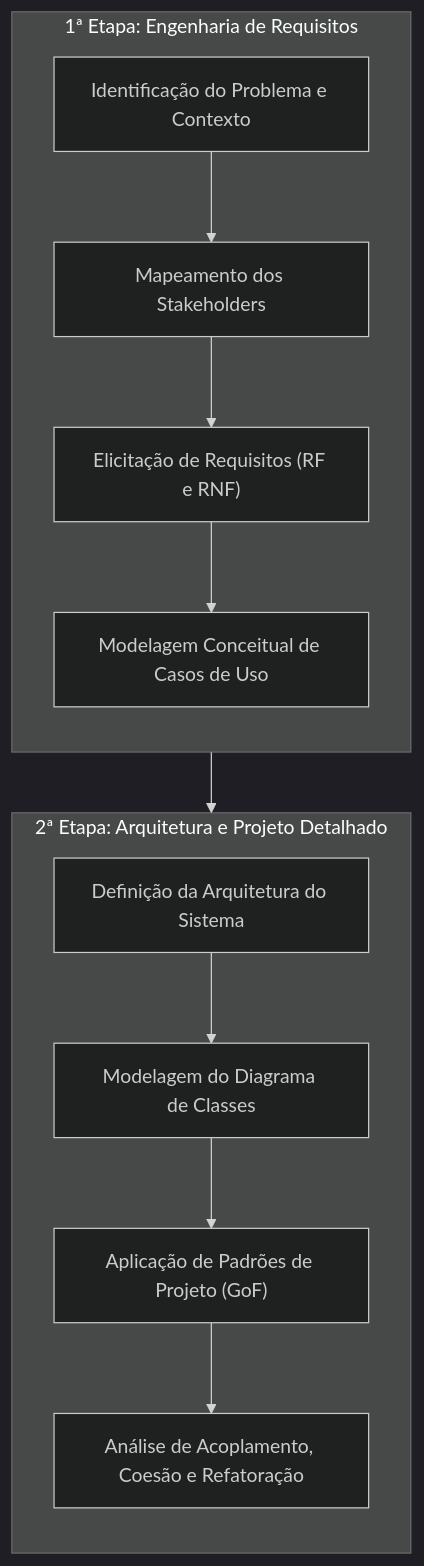
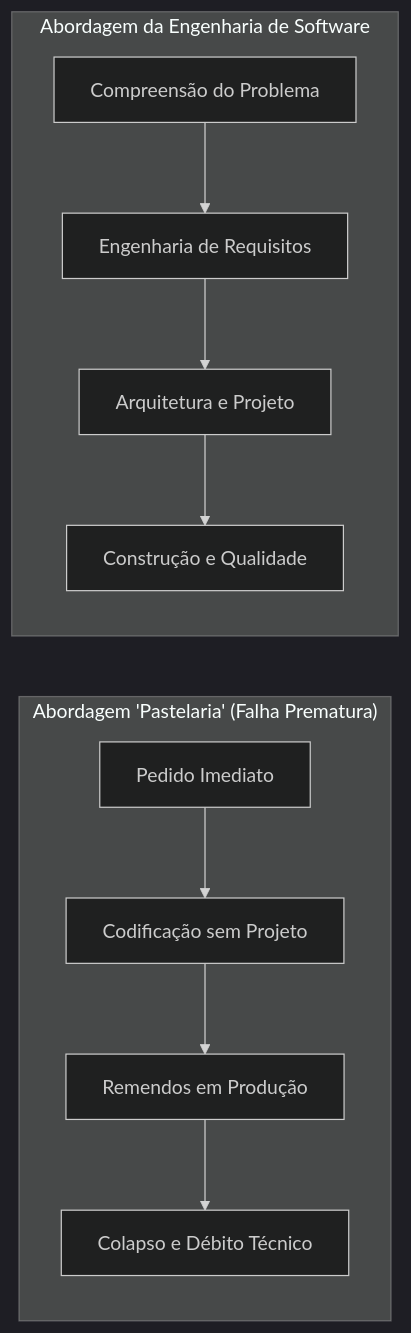
Before and after one commit to murilolol/unifef: the second of 24 diagrams in 4º Semestre/[Prof. Wesley Soares] Engenharia de Software II/Resumos-IA/Simulados-Comentados.md, drawn with Mermaid (dark theme). The commit also changed other lines of this file and 58 other files, not shown here.

````diff
--- a/4º Semestre/[Prof. Wesley Soares] Engenharia de Software II/Resumos-IA/Simulados-Comentados.md
+++ b/4º Semestre/[Prof. Wesley Soares] Engenharia de Software II/Resumos-IA/Simulados-Comentados.md
@@ -139,18 +96,16 @@
 ```mermaid
-flowchart TD
-    subgraph Etapa1["1ª Etapa: Engenharia de Requisitos"]
+flowchart LR
+    subgraph Pastelaria["Abordagem 'Pastelaria' (Falha Prematura)"]
         direction TB
-        R1["Identificação do Problema e Contexto"] --> R2["Mapeamento dos Stakeholders"]
-        R2 --> R3["Elicitação de Requisitos (RF e RNF)"]
-        R3 --> R4["Modelagem Conceitual de Casos de Uso"]
+        P1["Pedido Imediato"] --> P2["Codificação sem Projeto"]
+        P2 --> P3["Remendos em Produção"]
+        P3 --> P4["Colapso e Débito Técnico"]
     end
 
-    subgraph Etapa2["2ª Etapa: Arquitetura e Projeto Detalhado"]
+    subgraph Engenharia["Abordagem da Engenharia de Software"]
         direction TB
-        A1["Definição da Arquitetura do Sistema"] --> A2["Modelagem do Diagrama de Classes"]
-        A2 --> A3["Aplicação de Padrões de Projeto (GoF)"]
-        A3 --> A4["Análise de Acoplamento, Coesão e Refatoração"]
+        E1["Compreensão do Problema"] --> E2["Engenharia de Requisitos"]
+        E2 --> E3["Arquitetura e Projeto"]
+        E3 --> E4["Construção e Qualidade"]
     end
-
-    Etapa1 --> Etapa2
 ```
````
